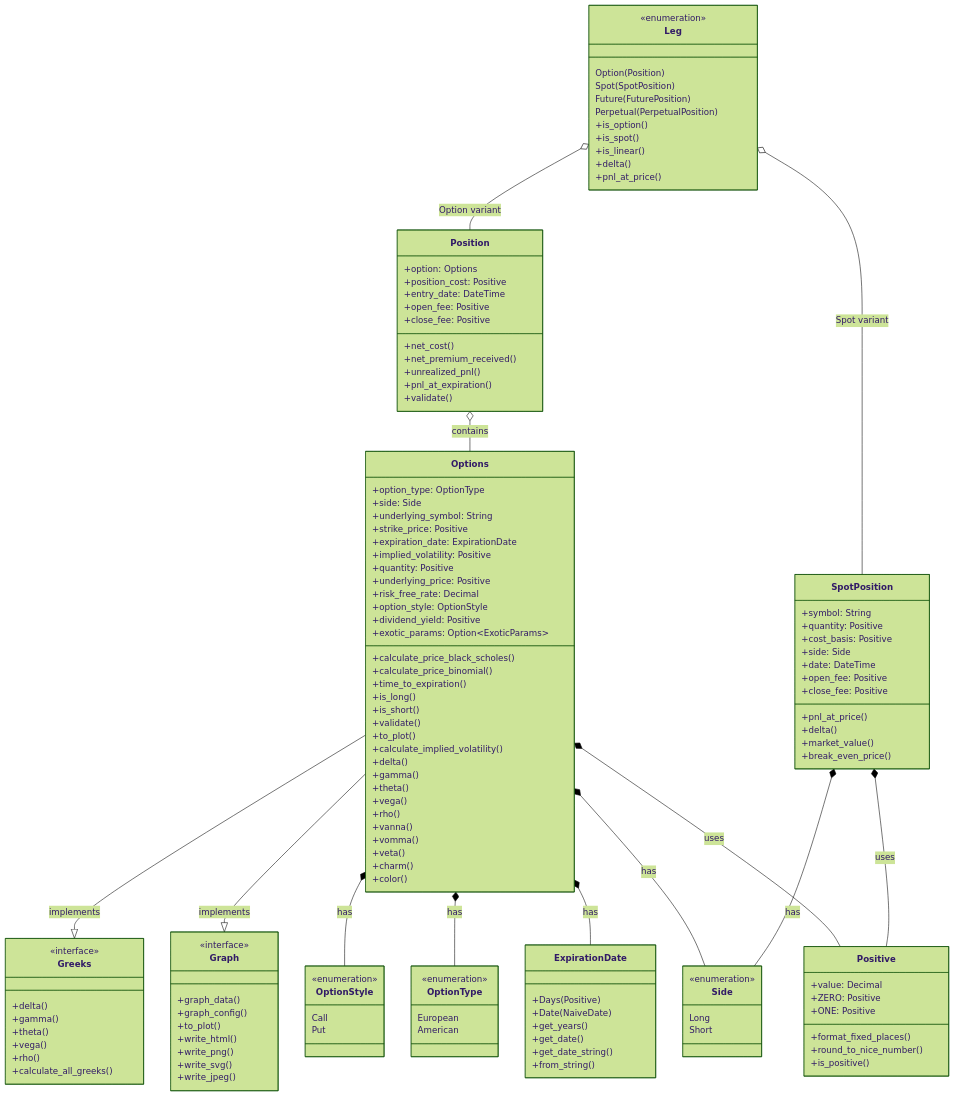
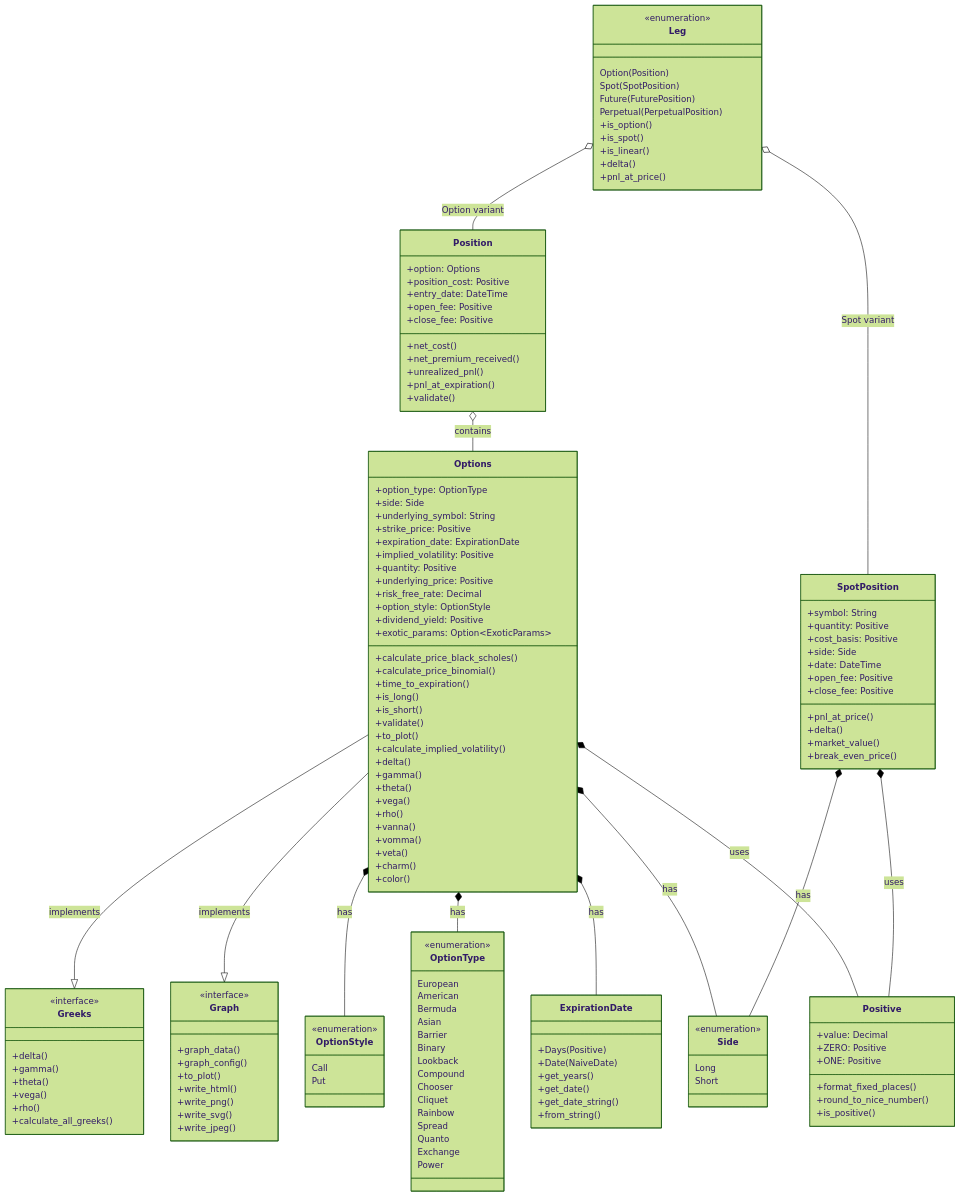
The first of 4 diagrams in README.md (joaquinbejar/OptionStratLib), drawn with Mermaid (forest theme) before and after one commit. The commit also changed other lines of this file and 472 other files, not shown here.

```diff
--- a/README.md
+++ b/README.md
@@ -353,6 +384,19 @@
 <<enumeration>>
 European
 American
+Bermuda
+Asian
+Barrier
+Binary
+Lookback
+Compound
+Chooser
+Cliquet
+Rainbow
+Spread
+Quanto
+Exchange
+Power
 }
 
 class Side {
```
